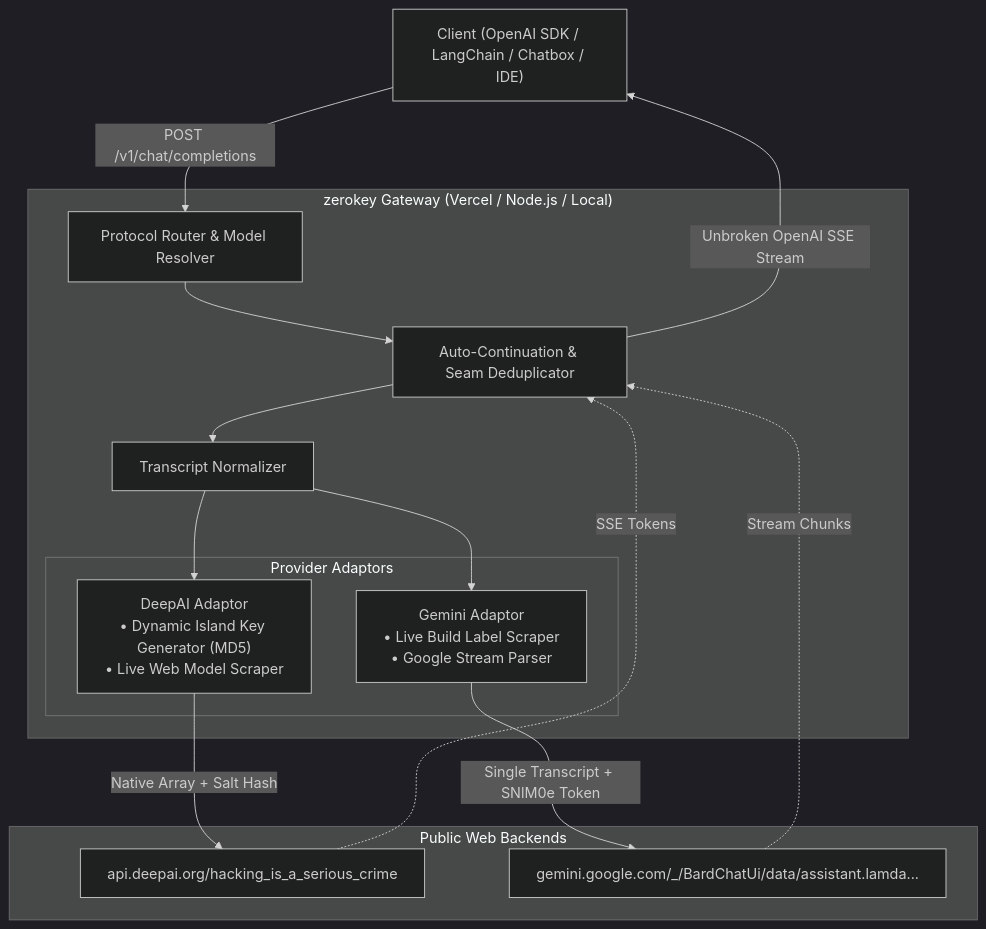
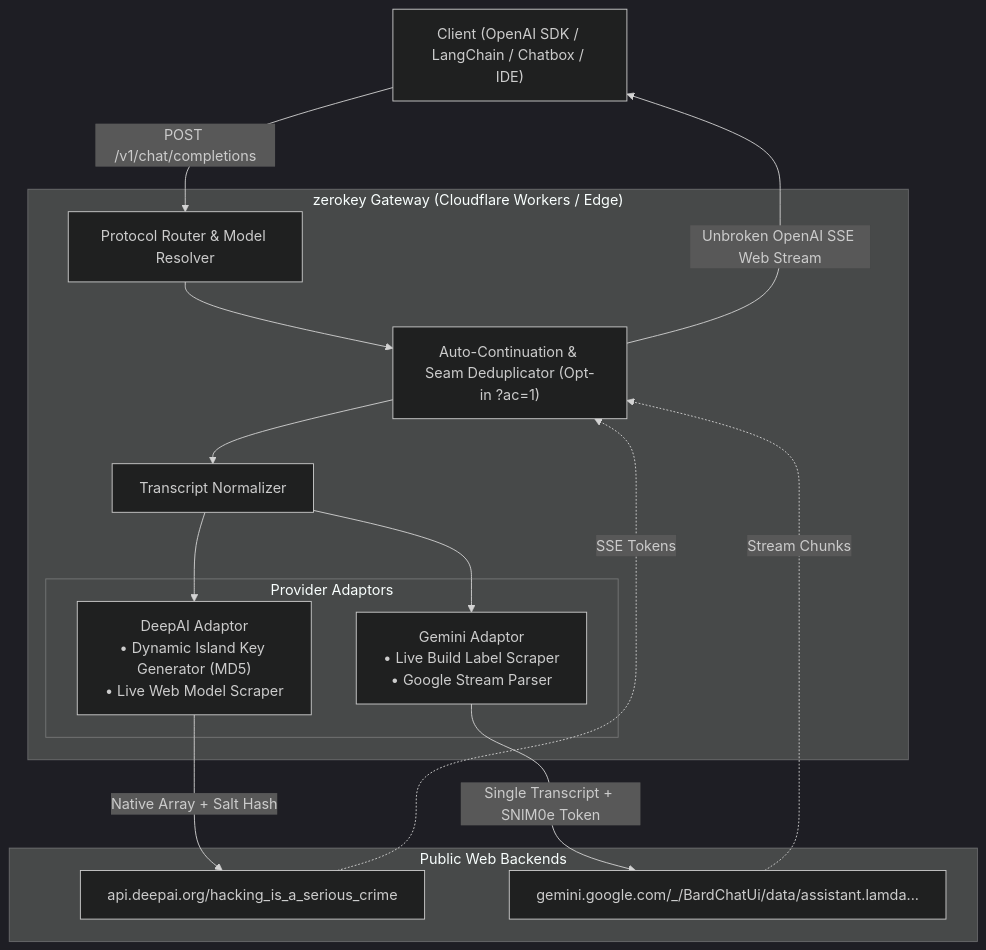
One commit to hauvuyawi-lab/zerokey changed the first of 2 diagrams in README.md. Above: the diagram before and after it, drawn with Mermaid (dark theme). The commit also changed other lines of this file and 26 other files, not shown here.

Commit message:
migrate to cloudflare workers and make auto-continue opt-in via query param

````diff
--- a/README.md
+++ b/README.md
@@ -23,31 +23,31 @@
 ```mermaid
 flowchart TD
     Client["Client (OpenAI SDK / LangChain / Chatbox / IDE)"]
     
-    subgraph Gateway ["zerokey Gateway (Vercel / Node.js / Local)"]
+    subgraph Gateway ["zerokey Gateway (Cloudflare Workers / Edge)"]
         Router["Protocol Router & Model Resolver"]
-        AutoContinue["Auto-Continuation & Seam Deduplicator"]
+        AutoContinue["Auto-Continuation & Seam Deduplicator (Opt-in ?ac=1)"]
         Normalizer["Transcript Normalizer"]
         
         subgraph Providers ["Provider Adaptors"]
             DeepAI["DeepAI Adaptor<br/>• Dynamic Island Key Generator (MD5)<br/>• Live Web Model Scraper"]
             Gemini["Gemini Adaptor<br/>• Live Build Label Scraper<br/>• Google Stream Parser"]
         end
     end
 
     subgraph Upstream ["Public Web Backends"]
         DeepAIBackend["api.deepai.org/hacking_is_a_serious_crime"]
         GoogleBackend["gemini.google.com/_/BardChatUi/data/assistant.lamda..."]
     end
 
     Client -->|POST /v1/chat/completions| Router
     Router --> AutoContinue
     AutoContinue --> Normalizer
     Normalizer --> DeepAI
     Normalizer --> Gemini
     DeepAI -->|Native Array + Salt Hash| DeepAIBackend
     Gemini -->|Single Transcript + SNlM0e Token| GoogleBackend
     DeepAIBackend -.->|SSE Tokens| AutoContinue
     GoogleBackend -.->|Stream Chunks| AutoContinue
-    AutoContinue -->|Unbroken OpenAI SSE Stream| Client
+    AutoContinue -->|Unbroken OpenAI SSE Web Stream| Client
 ```
````
